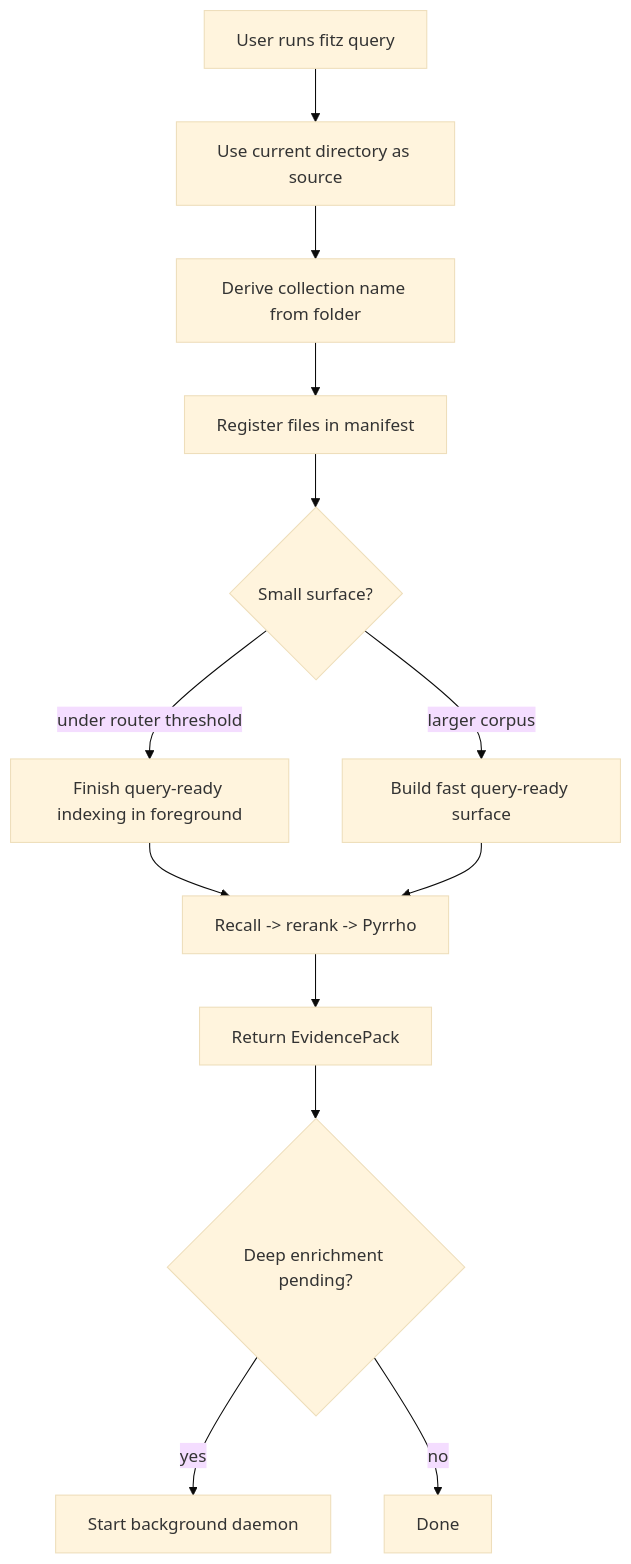
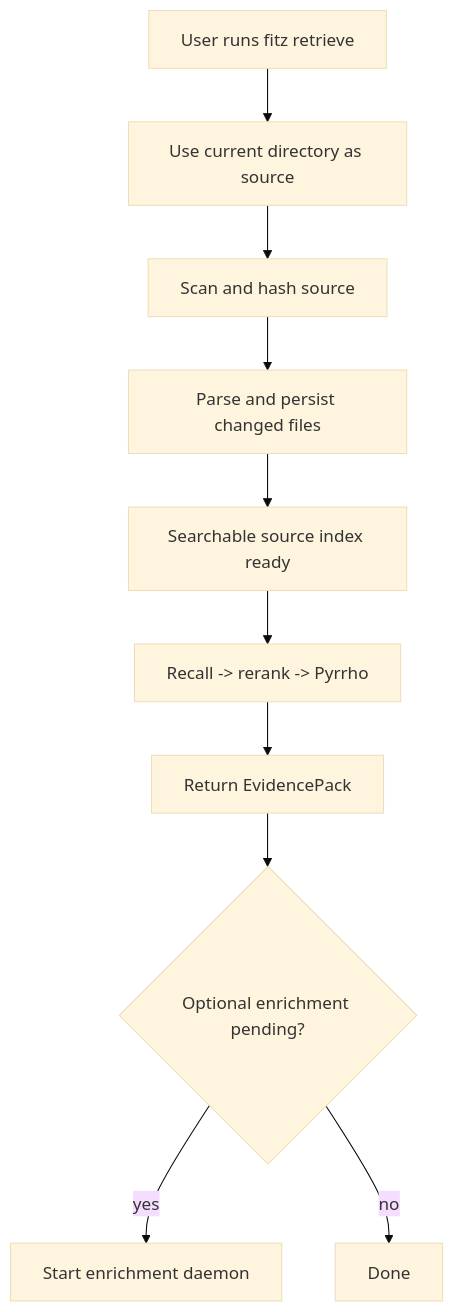
The first of 2 diagrams in docs/QUERY_UX.md (yafitzdev/fitz), drawn with Mermaid (base theme) before and after one commit. The commit also changed other lines of this file and 446 other files, not shown here.

````diff
--- a/docs/QUERY_UX.md
+++ b/docs/QUERY_UX.md
@@ -16,15 +14,12 @@
 ```mermaid
 flowchart TD
-    A["User runs fitz query"] --> B["Use current directory as source"]
-    B --> C["Derive collection name from folder"]
-    C --> D["Register files in manifest"]
-    D --> E{"Small surface?"}
-    E -->|"under router threshold"| F["Finish query-ready indexing in foreground"]
-    E -->|"larger corpus"| G["Build fast query-ready surface"]
-    F --> H["Recall -> rerank -> Pyrrho"]
-    G --> H
-    H --> I["Return EvidencePack"]
-    I --> J{"Deep enrichment pending?"}
-    J -->|"yes"| K["Start background daemon"]
-    J -->|"no"| L["Done"]
+    A["User runs fitz retrieve"] --> B["Use current directory as source"]
+    B --> C["Scan and hash source"]
+    C --> D["Parse and persist changed files"]
+    D --> E["Searchable source index ready"]
+    E --> F["Recall -> rerank -> Pyrrho"]
+    F --> G["Return EvidencePack"]
+    G --> H{"Optional enrichment pending?"}
+    H -->|"yes"| I["Start enrichment daemon"]
+    H -->|"no"| J["Done"]
 ```
````
